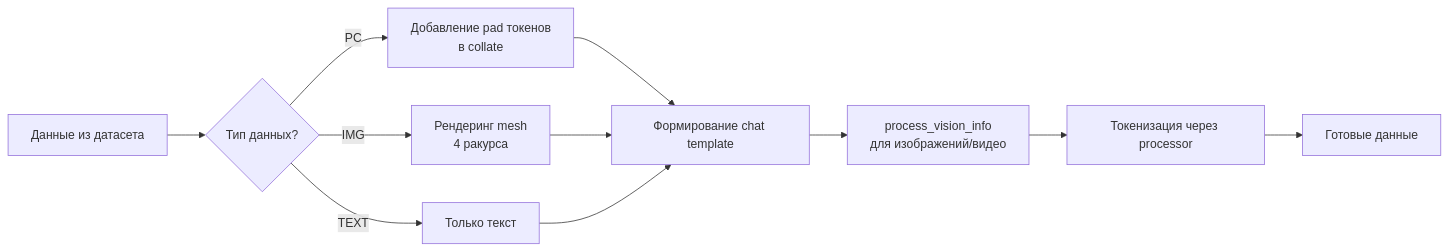
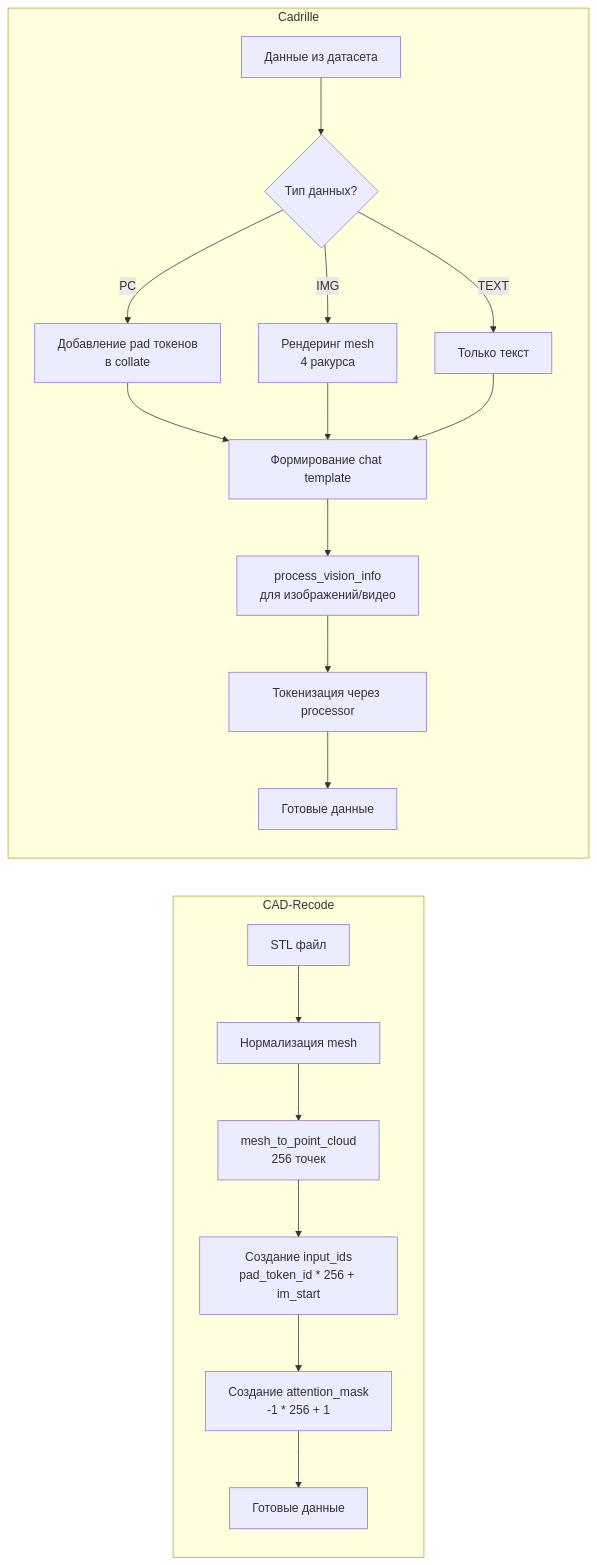
One commit to VitalyGladyshev/CAD-Recode_Cadrille_comparison changed the fifth of 8 diagrams in code_comparison/SEQUENCE_DIAGRAMS.md. Above: the diagram before and after it, drawn with Mermaid. The commit also changed other lines of this file, not shown here.

````diff
--- a/code_comparison/SEQUENCE_DIAGRAMS.md
+++ b/code_comparison/SEQUENCE_DIAGRAMS.md
@@ -298,13 +288,23 @@
 ```mermaid
 flowchart LR
-    B1[Данные из датасета] --> B2{Тип данных?}
-    B2 -->|PC| B3[Добавление pad токенов<br/>в collate]
-    B2 -->|IMG| B4[Рендеринг mesh<br/>4 ракурса]
-    B2 -->|TEXT| B5[Только текст]
-    B3 --> B6[Формирование chat template]
-    B4 --> B6
-    B5 --> B6
-    B6 --> B7[process_vision_info<br/>для изображений/видео]
-    B7 --> B8[Токенизация через processor]
-    B8 --> B9[Готовые данные]
+    subgraph CADRecode[CAD-Recode]
+        A1[STL файл] --> A2[Нормализация mesh]
+        A2 --> A3[mesh_to_point_cloud<br/>256 точек]
+        A3 --> A4[Создание input_ids<br/>pad_token_id * 256 + im_start]
+        A4 --> A5[Создание attention_mask<br/>-1 * 256 + 1]
+        A5 --> A6[Готовые данные]
+    end
+    
+    subgraph Cadrille[Cadrille]
+        B1[Данные из датасета] --> B2{Тип данных?}
+        B2 -->|PC| B3[Добавление pad токенов<br/>в collate]
+        B2 -->|IMG| B4[Рендеринг mesh<br/>4 ракурса]
+        B2 -->|TEXT| B5[Только текст]
+        B3 --> B6[Формирование chat template]
+        B4 --> B6
+        B5 --> B6
+        B6 --> B7[process_vision_info<br/>для изображений/видео]
+        B7 --> B8[Токенизация через processor]
+        B8 --> B9[Готовые данные]
+    end
 ```
````
